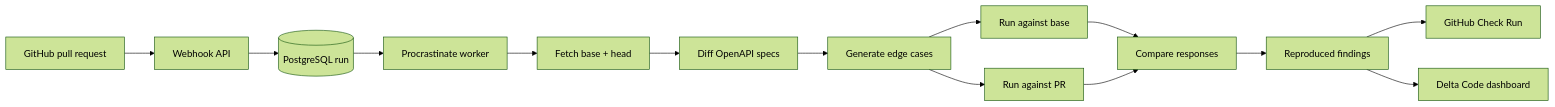
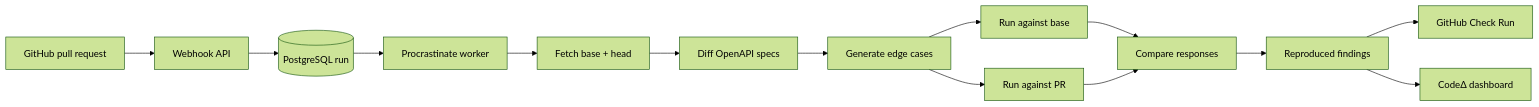
The diagram in README.md (amansriven/Code-Delta), drawn with Mermaid (forest theme) before and after one commit. The commit also changed other lines of this file and 18 other files, not shown here.

First line of the commit message:
Revert "Migrating to Delta Code"

````diff
--- a/README.md
+++ b/README.md
@@ -85,16 +85,16 @@
 ```mermaid
 flowchart LR
     GH["GitHub pull request"] --> WH["Webhook API"]
     WH --> DB[("PostgreSQL run")]
     DB --> Q["Procrastinate worker"]
     Q --> CLONE["Fetch base + head"]
     CLONE --> SPEC["Diff OpenAPI specs"]
     SPEC --> CASES["Generate edge cases"]
     CASES --> BASE["Run against base"]
     CASES --> HEAD["Run against PR"]
     BASE --> COMPARE["Compare responses"]
     HEAD --> COMPARE
     COMPARE --> RESULT["Reproduced findings"]
     RESULT --> CHECK["GitHub Check Run"]
-    RESULT --> UI["Delta Code dashboard"]
+    RESULT --> UI["CodeΔ dashboard"]
 ```
````
